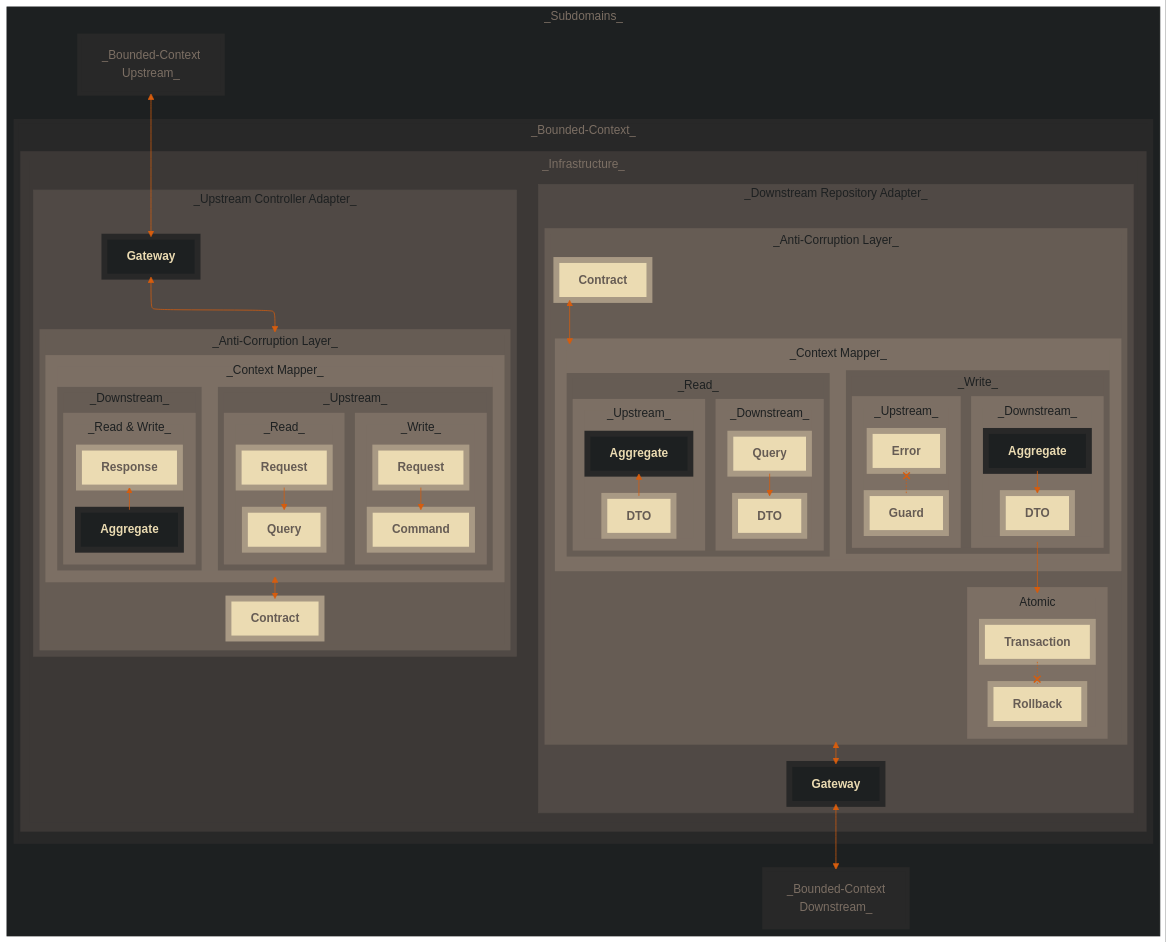
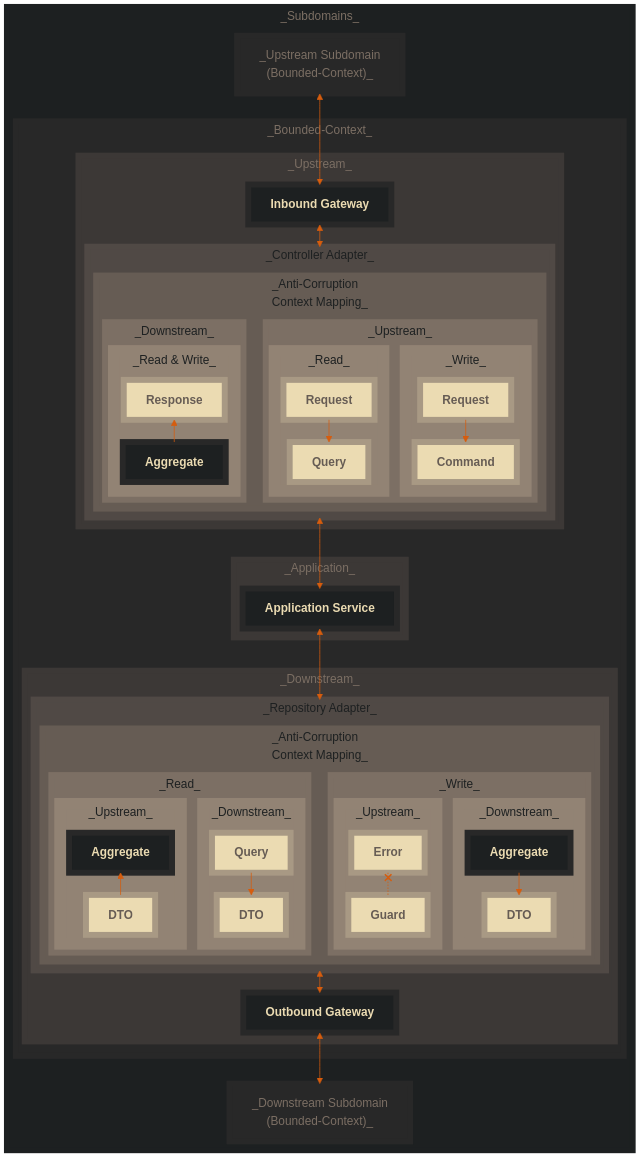
Before and after one commit to superhero/handbook: the diagram in diagrams/anti-corruption-layer-context-mapping.mermaid, drawn with Mermaid. The commit also changed 7 other files, not shown here.

Commit message:
updated diagrams

```diff
--- a/diagrams/anti-corruption-layer-context-mapping.mermaid
+++ b/diagrams/anti-corruption-layer-context-mapping.mermaid
@@ -1,116 +1,106 @@
 ---
 
 config:
     layout: elk
     look: classic
     theme: base
     themeVariables:
         fontFamily: "monospace"
         lineColor: "#D65D0E"
 
 ---
 
 flowchart TB
     subgraph Subdomains["_Subdomains_"]
         subgraph ImplementedBoundedContext["_Bounded-Context_"]
-            subgraph Infrastructure["_Infrastructure_"]
-                subgraph Controller["_Upstream Controller Adapter_"]
-                    subgraph ControllerACL["_Anti-Corruption Layer_"]
-                        subgraph ControllerContextMapper[_Context Mapper_]
-                            subgraph UpstreamControllerContextMapper["_Upstream_"]
-                                subgraph ControllerWriteModel["_Write_"]
-                                    UpstreamControllerWriteModelRequest[Request] --> ControllerCommand[Command]
-                                end
-
-                                subgraph ControllerReadModel["_Read_"]
-                                    UpstreamControllerReadModelRequest[Request] --> ControllerQuery[Query]
-                                end
+            subgraph Controller["_Upstream_"]
+                subgraph ControllerACL["_Controller Adapter_"]
+                    subgraph ControllerContextMapper[_Anti-Corruption<br>Context Mapping_]
+                        subgraph UpstreamControllerContextMapper["_Upstream_"]
+                            subgraph ControllerWriteModel["_Write_"]
+                                UpstreamControllerWriteModelRequest[Request] --> ControllerCommand[Command]
                             end
 
-                            subgraph DownstreamControllerContextMapper["_Downstream_"]
-                                subgraph DownstreamControllerReadWriteModel["_Read & Write_"]
-                                    direction BT
-                                    DownstreamControllerSchema["Aggregate"] --> DownstreamResponse[Response]
-                                end
+                            subgraph ControllerReadModel["_Read_"]
+                                UpstreamControllerReadModelRequest[Request] --> ControllerQuery[Query]
                             end
                         end
 
-                        ControllerContextMapper <--> ControllerContract[Contract]
+                        subgraph DownstreamControllerContextMapper["_Downstream_"]
+                            subgraph DownstreamControllerReadWriteModel["_Read & Write_"]
+                                direction BT
+                                DownstreamControllerSchema["Aggregate"] --> DownstreamResponse[Response]
+                            end
+                        end
                     end
-
-                    ControllerGateway ~~~ ControllerACL
-                    ControllerGateway[Gateway] <--> ControllerACL
-                    ControllerGateway ~~~ ControllerACL
-                    ControllerGateway ~~~ ControllerACL
-                    ControllerGateway ~~~ ControllerACL
                 end
 
-                subgraph Repository["_Downstream Repository Adapter_"]
-                    subgraph RepositoryACL["_Anti-Corruption Layer_"]
-                        subgraph RepositoryContextMapper["_Context Mapper_"]
-                            subgraph RepositoryWriteModel["_Write_"]
-                                subgraph DownstreamRepositoryWriteModel["_Downstream_"]
-                                    DownstreamRepositorySchema["Aggregate"] --> WriteModelDownstreamRepositoryDTO[DTO]
-                                end
+                ControllerGateway[Inbound Gateway] <--> ControllerACL
+            end
 
-                                subgraph UpstreamRepositoryWriteModel["_Upstream_"]
-                                    direction BT
-                                    UpstreamRepositoryGuard[Guard] -.-x UpstreamRepositorySchema["Error"]
-                                end
+            subgraph Repository["_Downstream_"]
+                subgraph RepositoryACL["_Repository Adapter_"]
+                    subgraph RepositoryContextMapper["_Anti-Corruption<br>Context Mapping_"]
+                        subgraph RepositoryWriteModel["_Write_"]
+                            subgraph DownstreamRepositoryWriteModel["_Downstream_"]
+                                DownstreamRepositorySchema["Aggregate"] --> WriteModelDownstreamRepositoryDTO[DTO]
                             end
-                                
-                            subgraph RepositoryReadModel["_Read_"]
-                                subgraph DownstreamRepositoryReadModel["_Downstream_"]
-                                    RepositoryQuery[Query] --> ReadModelDownstreamRepositoryDTO[DTO]
-                                end
 
-                                subgraph UpstreamRepositoryReadModel["_Upstream_"]
-                                    direction BT
-                                    UpstreamRepositoryReadModelDTO[DTO] --> UpstreamRepositoryReadModelSchema["Aggregate"]
-                                end
+                            subgraph UpstreamRepositoryWriteModel["_Upstream_"]
+                                direction BT
+                                UpstreamRepositoryGuard[Guard] -.-x UpstreamRepositorySchema["Error"]
                             end
                         end
+                            
+                        subgraph RepositoryReadModel["_Read_"]
+                            subgraph DownstreamRepositoryReadModel["_Downstream_"]
+                                RepositoryQuery[Query] --> ReadModelDownstreamRepositoryDTO[DTO]
+                            end
 
-                        subgraph RepositoryAtomic[Atomic]
-                            RepositoryAtomicTransaction[Transaction] -.-x RepositoryAtomicRollback[Rollback]
+                            subgraph UpstreamRepositoryReadModel["_Upstream_"]
+                                direction BT
+                                UpstreamRepositoryReadModelDTO[DTO] --> UpstreamRepositoryReadModelSchema["Aggregate"]
+                            end
                         end
+                    end
+                end
 
-                        RepositoryContract[Contract]    <--> RepositoryContextMapper
-                        RepositoryContract              ~~~~ RepositoryContextMapper
-                        RepositoryContract              ~~~~ RepositoryContextMapper
-                        RepositoryContract              ~~~~ RepositoryContextMapper
-                        RepositoryContract              ~~~~ RepositoryContextMapper
-                        RepositoryContract              ~~~~ RepositoryContextMapper
-                        DownstreamRepositoryWriteModel  ---> RepositoryAtomic
-                    end
+                RepositoryACL <--> RepositoryGateway[Outbound Gateway]
+            end
 
-                    RepositoryACL <--> RepositoryGateway[Gateway]
-                end
+            subgraph Application["_Application_"]
+                ControllerACL
+                <--> ApplicationService["Application Service"]
+                <--> RepositoryACL
             end
+
+            Controller 
+            ~~~ Application 
+            ~~~ Repository 
         end
 
-        ControllerBoundedContext["_Bounded-Context<br>Upstream_"] <--> ControllerGateway
-        RepositoryGateway <--> RepositoryBoundedContext["_Bounded-Context<br>Downstream_"]
+        ControllerBoundedContext["_Upstream Subdomain<br>(Bounded-Context)_"] <--> ControllerGateway
+        RepositoryGateway <--> RepositoryBoundedContext["_Downstream Subdomain<br>(Bounded-Context)_"]
     end
 
-    classDef nsDepth_1 fill:#1D2021,stroke:#1D2021,color:#7C6F64
-    classDef nsDepth_2 fill:#282828,stroke:#282828,color:#7C6F64,stroke-width:6px
-    classDef nsDepth_3 fill:#3C3836,stroke:#3C3836,color:#7C6F64,stroke-width:12px
-    classDef nsDepth_4 fill:#504945,stroke:#504945,color:#1D2021
+    classDef nsDepth_1 fill:#1D2021,stroke:#1D2021,color:#7C6F64,stroke-width:8px
+    classDef nsDepth_2 fill:#282828,stroke:#282828,color:#7C6F64,stroke-width:8px
+    classDef nsDepth_3 fill:#3C3836,stroke:#3C3836,color:#7C6F64,stroke-width:8px
+    classDef nsDepth_4 fill:#504945,stroke:#504945,color:#1D2021,stroke-width:8px
     classDef nsDepth_5 fill:#665C54,stroke:#665C54,color:#1D2021,stroke-width:8px
-    classDef nsDepth_6 fill:#7C6F64,stroke:#7C6F64,color:#1D2021,stroke-width:16px
+    classDef nsDepth_6 fill:#7C6F64,stroke:#7C6F64,color:#1D2021,stroke-width:8px
+    classDef nsDepth_7 fill:#928374,stroke:#928374,color:#1D2021,stroke-width:16px
     
     classDef implementation fill:#1D2021,stroke:#282828,font-weight:bold,stroke-width:8px,color:#EBDBB2
     classDef contract fill:#EBDBB2,stroke:#A89984,font-weight:bold,stroke-width:8px,color:#665C54
 
     class Subdomains nsDepth_1
     class ImplementedBoundedContext,ControllerBoundedContext,RepositoryBoundedContext nsDepth_2
-    class Infrastructure nsDepth_3
-    class Controller,Repository nsDepth_4
-    class ControllerACL,RepositoryACL nsDepth_5
-    class ControllerContextMapper,RepositoryContextMapper,RepositoryAtomic,DownstreamControllerReadWriteModel nsDepth_6
-    class UpstreamControllerContextMapper,DownstreamControllerContextMapper,RepositoryWriteModel,RepositoryReadModel nsDepth_5
-    class ControllerWriteModel,ControllerReadModel,UpstreamRepositoryWriteModel,UpstreamRepositoryReadModel,DownstreamRepositoryReadModel,DownstreamRepositoryWriteModel nsDepth_6
+    class Controller,Application,Repository nsDepth_3
+    class ControllerACL,RepositoryACL nsDepth_4
+    class ControllerContextMapper,RepositoryContextMapper nsDepth_5
+    class UpstreamControllerContextMapper,DownstreamControllerContextMapper,RepositoryWriteModel,RepositoryReadModel nsDepth_6
+    class DownstreamControllerReadWriteModel,ControllerWriteModel,ControllerReadModel,UpstreamRepositoryWriteModel,UpstreamRepositoryReadModel,DownstreamRepositoryReadModel,DownstreamRepositoryWriteModel nsDepth_7
     
-    class RepositoryAtomicTransaction,UpstreamControllerWriteModelRequest,UpstreamControllerReadModelRequest,DownstreamResponse,ControllerQuery,RepositoryQuery,ControllerCommand,RepositoryContract,ControllerContract,UpstreamRepositoryGuard,UpstreamRepositoryReadModelDTO,UpstreamRepositorySchema,WriteModelDownstreamRepositoryDTO,ReadModelDownstreamRepositoryDTO,RepositoryAtomicRollback contract
-    class UpstreamRepositoryReadModelSchema,DownstreamRepositorySchema,DownstreamControllerSchema,RepositoryGateway,RepositoryMapper,RepositoryGuard,ControllerMapper,ControllerGateway,ControllerAdapter,RepositoryAdapter implementation
+    class UpstreamControllerWriteModelRequest,UpstreamControllerReadModelRequest,DownstreamResponse,ControllerQuery,RepositoryQuery,ControllerCommand,RepositoryContract,ControllerContract,UpstreamRepositoryGuard,UpstreamRepositoryReadModelDTO,UpstreamRepositorySchema,WriteModelDownstreamRepositoryDTO,ReadModelDownstreamRepositoryDTO contract
+    class ApplicationService,UpstreamRepositoryReadModelSchema,DownstreamRepositorySchema,DownstreamControllerSchema,RepositoryGateway,RepositoryMapper,RepositoryGuard,ControllerMapper,ControllerGateway,ControllerAdapter,RepositoryAdapter implementation
```
